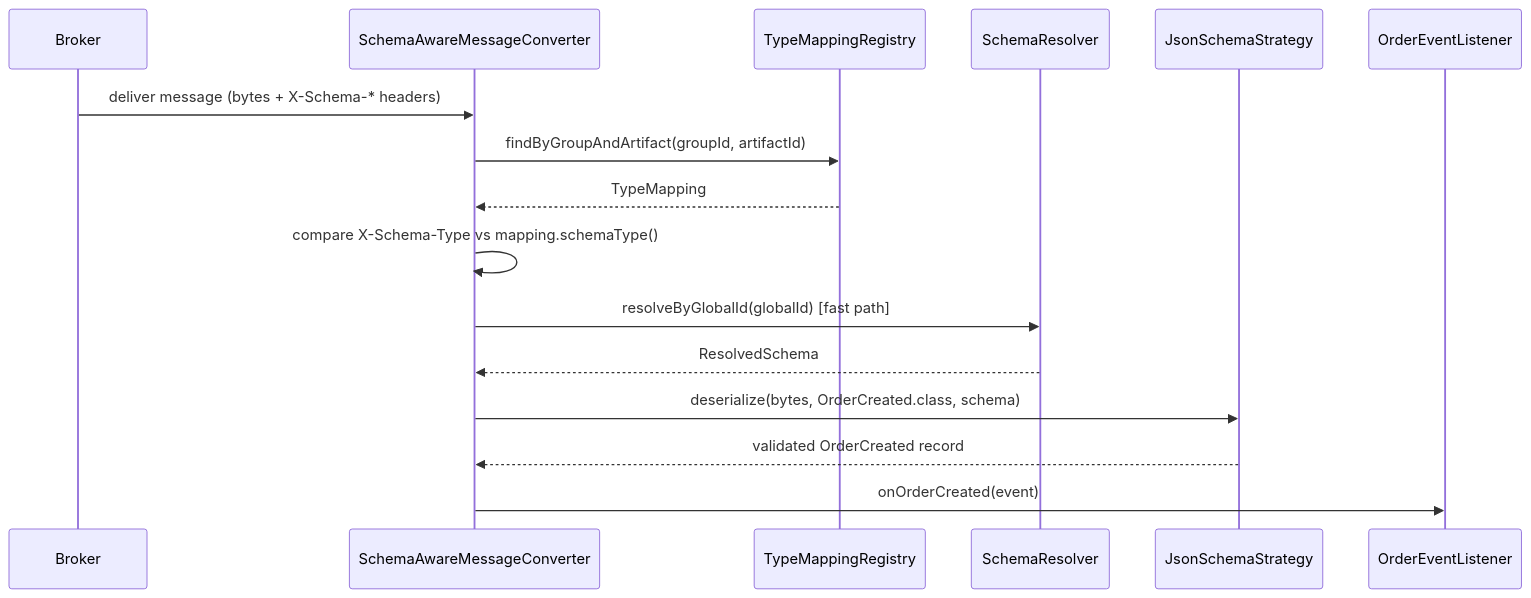
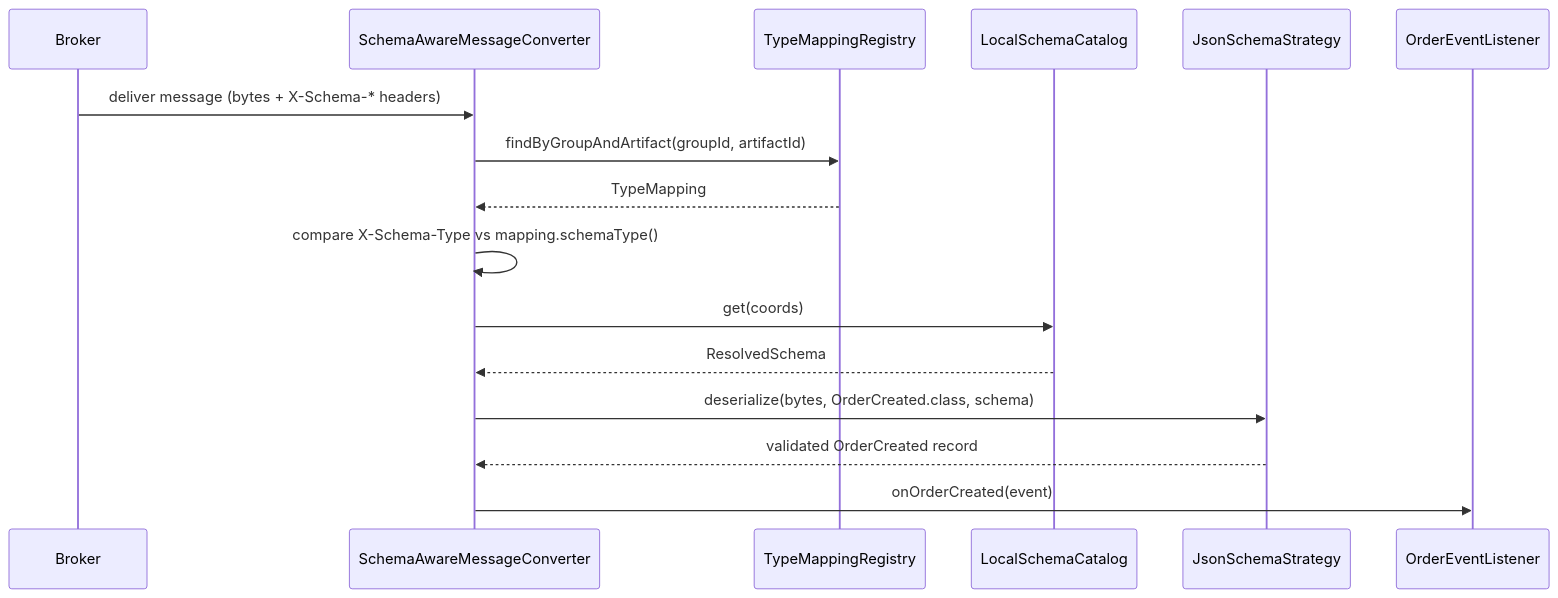
Before and after one commit to anarefin/schema-registry-demo: the third of 4 diagrams in docs/TUTORIAL.md, drawn with Mermaid. The commit also changed other lines of this file and 68 other files, not shown here.

````diff
--- a/docs/TUTORIAL.md
+++ b/docs/TUTORIAL.md
@@ -372,19 +363,19 @@
 ```mermaid
 sequenceDiagram
     participant B as Broker
     participant C as SchemaAwareMessageConverter
     participant TM as TypeMappingRegistry
-    participant SR as SchemaResolver
+    participant Cat as LocalSchemaCatalog
     participant JS as JsonSchemaStrategy
     participant L as OrderEventListener
 
     B->>C: deliver message (bytes + X-Schema-* headers)
     C->>TM: findByGroupAndArtifact(groupId, artifactId)
     TM-->>C: TypeMapping
     C->>C: compare X-Schema-Type vs mapping.schemaType()
-    C->>SR: resolveByGlobalId(globalId) [fast path]
-    SR-->>C: ResolvedSchema
+    C->>Cat: get(coords)
+    Cat-->>C: ResolvedSchema
     C->>JS: deserialize(bytes, OrderCreated.class, schema)
     JS-->>C: validated OrderCreated record
     C->>L: onOrderCreated(event)
 ```
````
